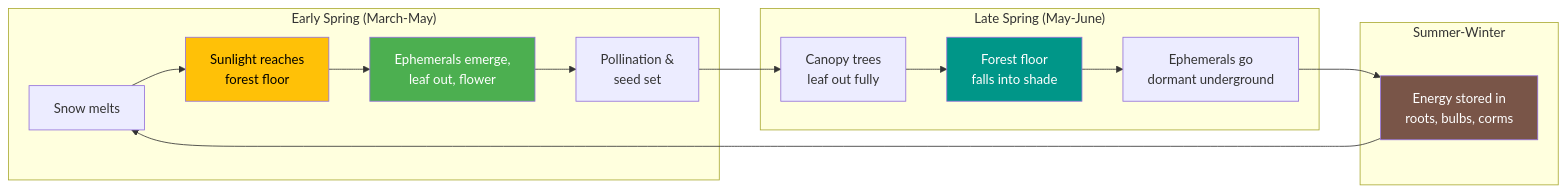
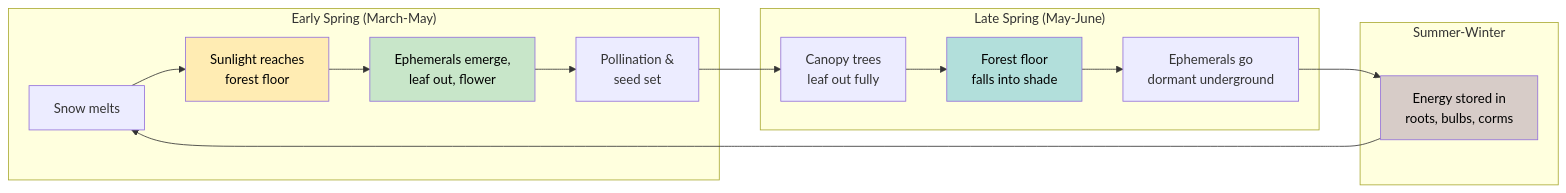
Before and after one commit to arunbatchu/minnesota-native-plants: the second of 2 diagrams in docs/chapters/04-woodland-forest-plants/index.md, drawn with Mermaid. The commit also changed other lines of this file and 10 other files, not shown here.

First line of the commit message:
Switch Mermaid diagrams to pastel palette — black text on light backgrounds

````diff
--- a/docs/chapters/04-woodland-forest-plants/index.md
+++ b/docs/chapters/04-woodland-forest-plants/index.md
@@ -155,22 +155,22 @@
 ```mermaid
 flowchart LR
     subgraph spring["Early Spring (March-May)"]
         S1["Snow melts"] --> S2["Sunlight reaches<br/>forest floor"]
         S2 --> S3["Ephemerals emerge,<br/>leaf out, flower"]
         S3 --> S4["Pollination &<br/>seed set"]
     end
     subgraph late["Late Spring (May-June)"]
         S4 --> S5["Canopy trees<br/>leaf out fully"]
         S5 --> S6["Forest floor<br/>falls into shade"]
         S6 --> S7["Ephemerals go<br/>dormant underground"]
     end
     subgraph rest["Summer-Winter"]
         S7 --> S8["Energy stored in<br/>roots, bulbs, corms"]
         S8 --> S1
     end
 
-    style S2 fill:#FFC107,color:#000
-    style S3 fill:#4CAF50,color:#fff
-    style S6 fill:#009688,color:#fff
-    style S8 fill:#795548,color:#fff
+    style S2 fill:#FFECB3,color:#000
+    style S3 fill:#C8E6C9,color:#000
+    style S6 fill:#B2DFDB,color:#000
+    style S8 fill:#D7CCC8,color:#000
 ```
````
